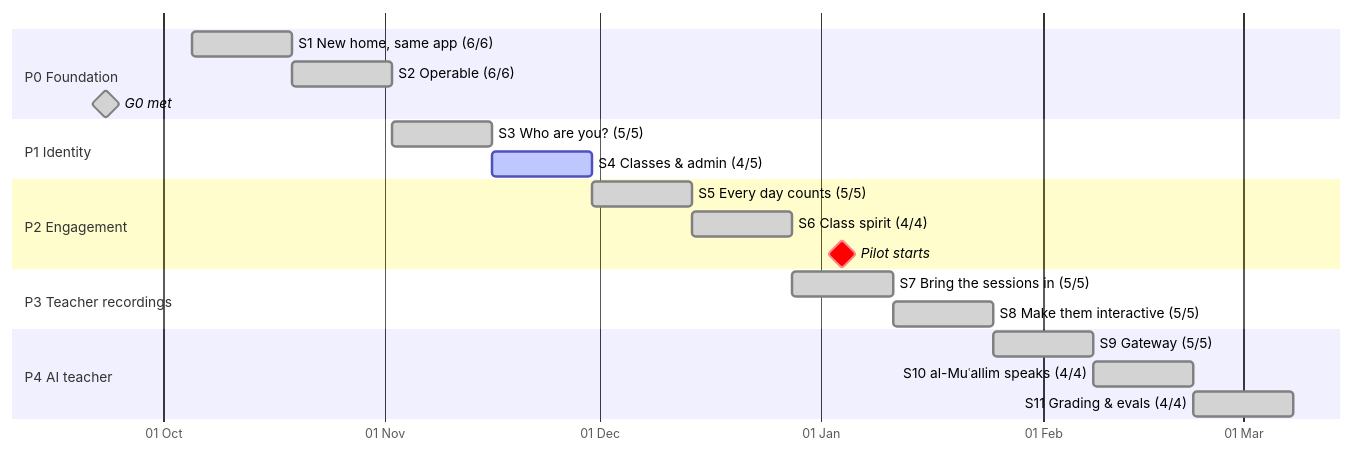
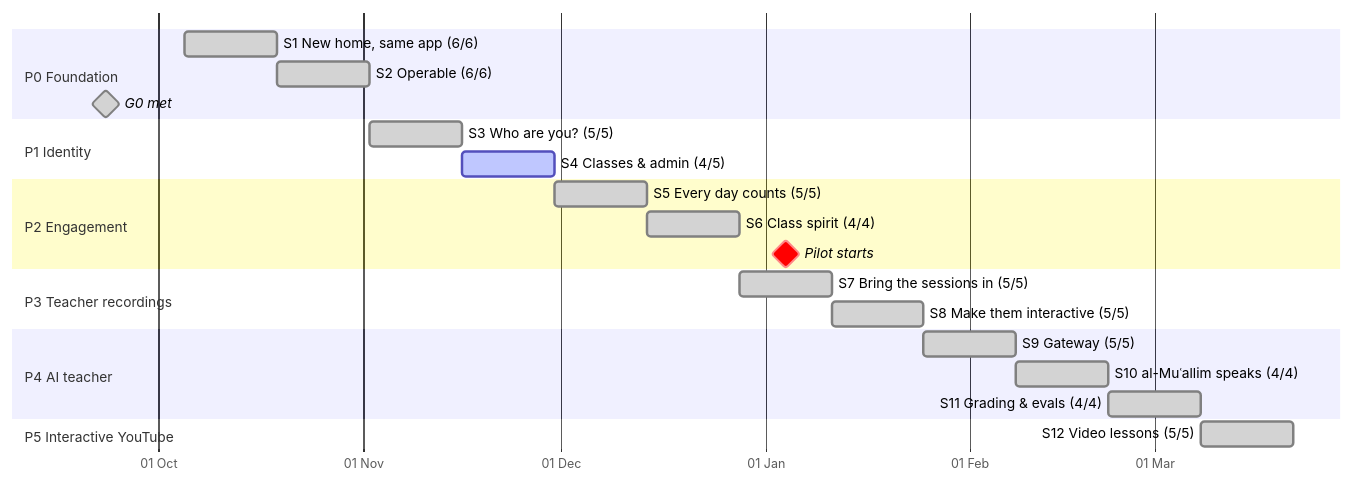
Before and after one commit to Sira-Labs/Suffa: the first of 2 diagrams in docs/plan/sprint-plan.md, drawn with Mermaid. The commit also changed other lines of this file and 20 other files, not shown here.

First line of the commit message:
feat(web): video lessons with checkpoints, tap-to-gloss transcripts and admin tab

````diff
--- a/docs/plan/sprint-plan.md
+++ b/docs/plan/sprint-plan.md
@@ -17,24 +17,26 @@
 ```mermaid
 gantt
   dateFormat YYYY-MM-DD
   axisFormat %d %b
   todayMarker on
   section P0 Foundation
   S1 New home, same app (6/6)        :done, s1, 2026-10-05, 14d
   S2 Operable (6/6)                  :done, s2, after s1, 14d
   G0 met                             :milestone, done, g0, 2026-09-23, 0d
   section P1 Identity
   S3 Who are you? (5/5)              :done, s3, after s2, 14d
   S4 Classes & admin (4/5)          :active, s4, after s3, 14d
   section P2 Engagement
   S5 Every day counts (5/5)         :done, s5, after s4, 14d
   S6 Class spirit (4/4)             :done, s6, after s5, 14d
   Pilot starts                       :milestone, crit, pilot, 2027-01-04, 0d
   section P3 Teacher recordings
   S7 Bring the sessions in (5/5)    :done, s7, after s6, 14d
   S8 Make them interactive (5/5)    :done, s8, after s7, 14d
   section P4 AI teacher
   S9 Gateway (5/5)                  :done, s9, after s8, 14d
   S10 al-Muʿallim speaks (4/4)      :done, s10, after s9, 14d
   S11 Grading & evals (4/4)         :done, s11, after s10, 14d
+  section P5 Interactive YouTube
+  S12 Video lessons (5/5)           :done, s12, after s11, 14d
 ```
````
